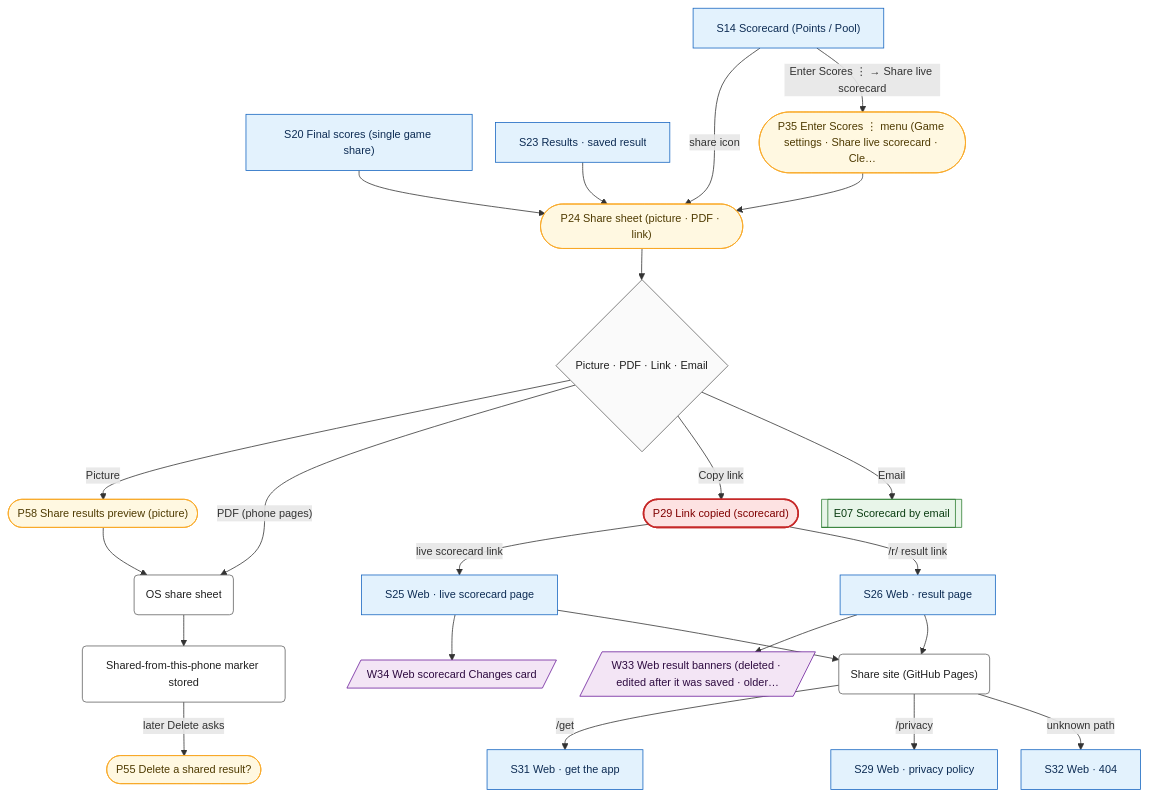
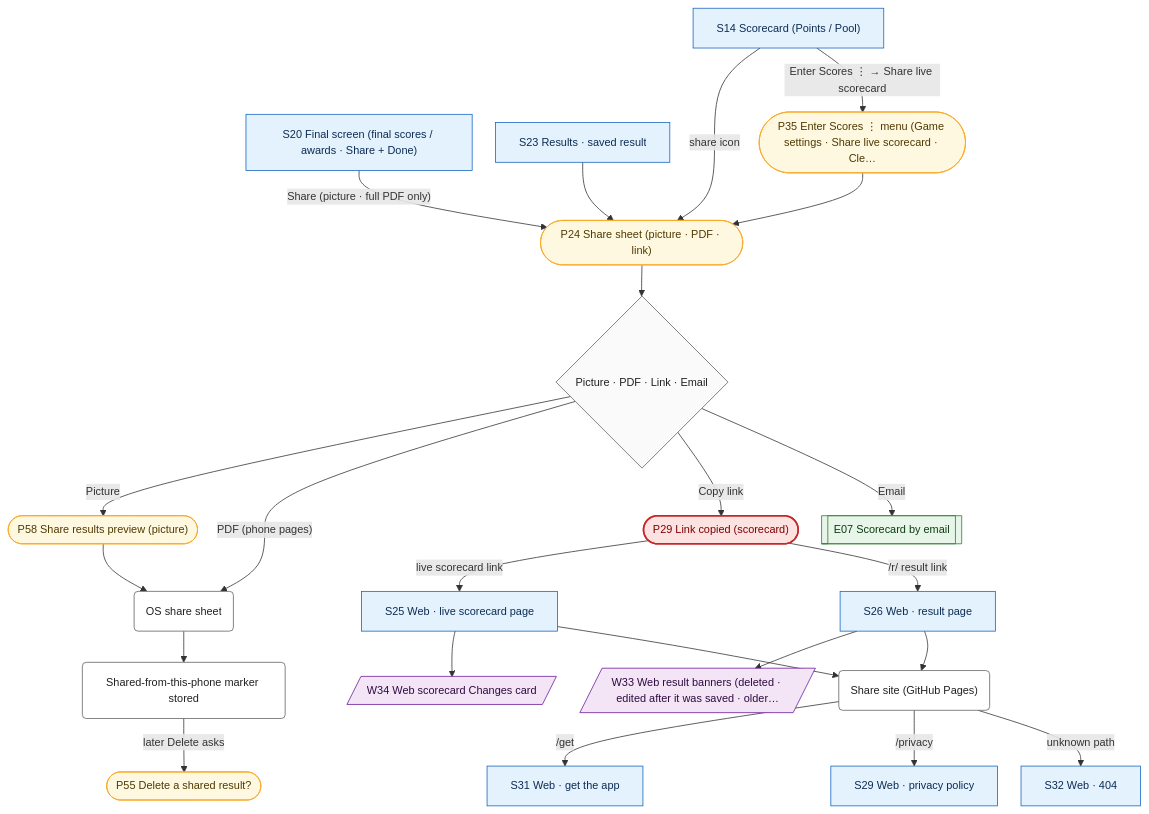
One commit to sreeatcandorps/RummyHome changed the diagram in rummy-home3/docs/flows/mmd/F11-share-picture-pdf-link-live-page-email.mmd. Above: the diagram before and after it, drawn with Mermaid. The commit also changed 72 other files, not shown here.

```diff
--- a/rummy-home3/docs/flows/mmd/F11-share-picture-pdf-link-live-page-email.mmd
+++ b/rummy-home3/docs/flows/mmd/F11-share-picture-pdf-link-live-page-email.mmd
@@ -1,53 +1,53 @@
 %%{init: {"flowchart": {"wrappingWidth": 230, "nodeSpacing": 30, "rankSpacing": 40}, "themeVariables": {"fontSize": "14px"}}}%%
 flowchart TD
   s14["S14 Scorecard (Points / Pool)"]:::screen
-  s20["S20 Final scores (single game share)"]:::screen
+  s20["S20 Final screen (final scores / awards · Share + Done)"]:::screen
   s23["S23 Results · saved result"]:::screen
   p24(["P24 Share sheet (picture · PDF · link)"]):::popup
   p58(["P58 Share results preview (picture)"]):::popup
   p29(["P29 Link copied (scorecard)"]):::gap
   p35(["P35 Enter Scores ⋮ menu (Game settings · Share live scorecard · Cle…"]):::popup
   s25["S25 Web · live scorecard page"]:::screen
   s26["S26 Web · result page"]:::screen
   w33[/"W33 Web result banners (deleted · edited after it was saved · older…"/]:::warning
   w34[/"W34 Web scorecard Changes card"/]:::warning
   e07[["E07 Scorecard by email"]]:::email
   p55(["P55 Delete a shared result?"]):::popup
   s29["S29 Web · privacy policy"]:::screen
   s31["S31 Web · get the app"]:::screen
   s32["S32 Web · 404"]:::screen
   site("Share site (GitHub Pages)"):::step
   what{"Picture · PDF · Link · Email"}:::decision
   os("OS share sheet"):::step
   marker("Shared-from-this-phone marker stored"):::step
   s14 -->|"share icon"| p24
-  s20 --> p24
+  s20 -->|"Share (picture · full PDF only)"| p24
   s23 --> p24
   s14 -->|"Enter Scores ⋮ → Share live scorecard"| p35
   p35 --> p24
   p24 --> what
   what -->|"Picture"| p58
   p58 --> os
   what -->|"PDF (phone pages)"| os
   what -->|"Copy link"| p29
   what -->|"Email"| e07
   p29 -->|"live scorecard link"| s25
   p29 -->|"/r/ result link"| s26
   s26 --> w33
   s25 --> w34
   os --> marker
   marker -->|"later Delete asks"| p55
   s26 --> site
   s25 --> site
   site -->|"/get"| s31
   site -->|"/privacy"| s29
   site -->|"unknown path"| s32
   classDef screen fill:#e3f2fd,stroke:#1565c0,color:#0d2c54
   classDef popup fill:#fff8e1,stroke:#f9a825,color:#4e3a00
   classDef warning fill:#f3e5f5,stroke:#6a1b9a,color:#2e0b40
   classDef email fill:#e8f5e9,stroke:#2e7d32,color:#0b3d12
   classDef step fill:#ffffff,stroke:#616161,color:#212121
   classDef decision fill:#fafafa,stroke:#616161,color:#212121
   classDef stop fill:#eeeeee,stroke:#424242,color:#212121
   classDef flow fill:#e3f2fd,stroke:#1565c0,color:#0d2c54
   classDef gap fill:#fde2e2,stroke:#c62828,color:#7f0000,stroke-width:2px
```
